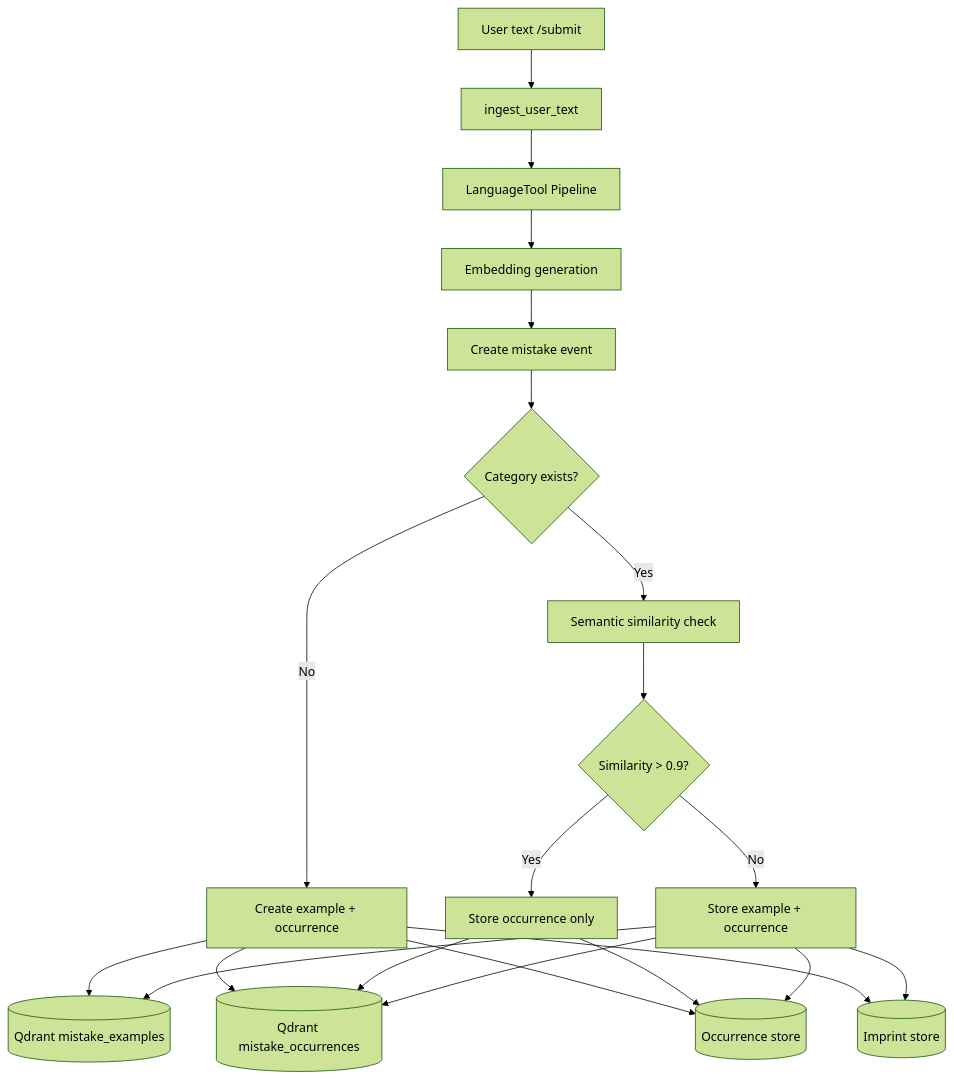
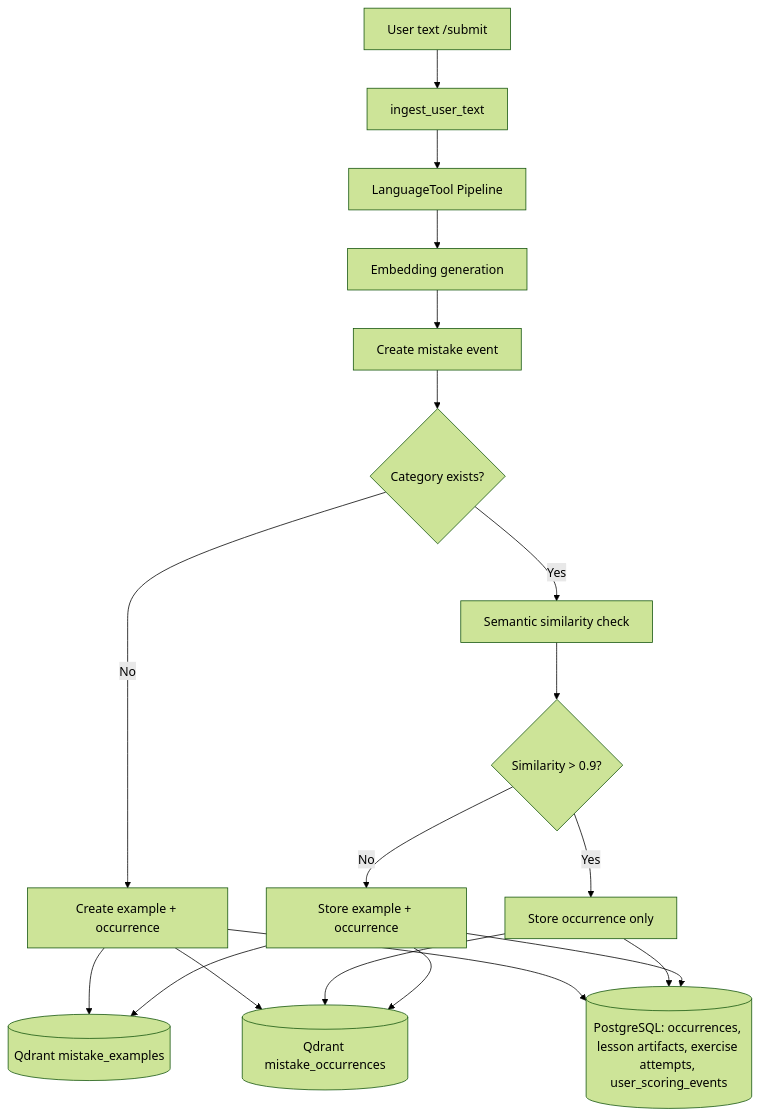
The first of 2 diagrams in README.md (ali5p/lexory), drawn with Mermaid (forest theme) before and after one commit. The commit also changed other lines of this file and 2 other files, not shown here.

````diff
--- a/README.md
+++ b/README.md
@@ -161,47 +157,44 @@
 ```mermaid
 flowchart TB
     A[User text /submit]
     B[ingest_user_text]
     C[LanguageTool Pipeline]
     D[Embedding generation]
     E[Create mistake event]
 
     F{Category exists?}
     G[Create example + occurrence]
     H[Semantic similarity check]
 
     I{Similarity > 0.9?}
     J[Store occurrence only]
     K[Store example + occurrence]
 
     L[(Qdrant mistake_examples)]
     M[(Qdrant mistake_occurrences)]
-    N[(Occurrence store)]
-    O[(Imprint store)]
+    P[(PostgreSQL: occurrences, lesson artifacts, exercise attempts, user_scoring_events)]
 
     A --> B
     B --> C
     C --> D
     D --> E
 
     E --> F
     F -- No --> G
     F -- Yes --> H
 
     H --> I
     I -- Yes --> J
     I -- No --> K
 
     G --> L
     G --> M
-    G --> N
-    G --> O
+    G --> P
 
     J --> M
-    J --> N
+    J --> P
 
     K --> L
     K --> M
-    K --> N
-    K --> O
+    K --> P
 ```
````
